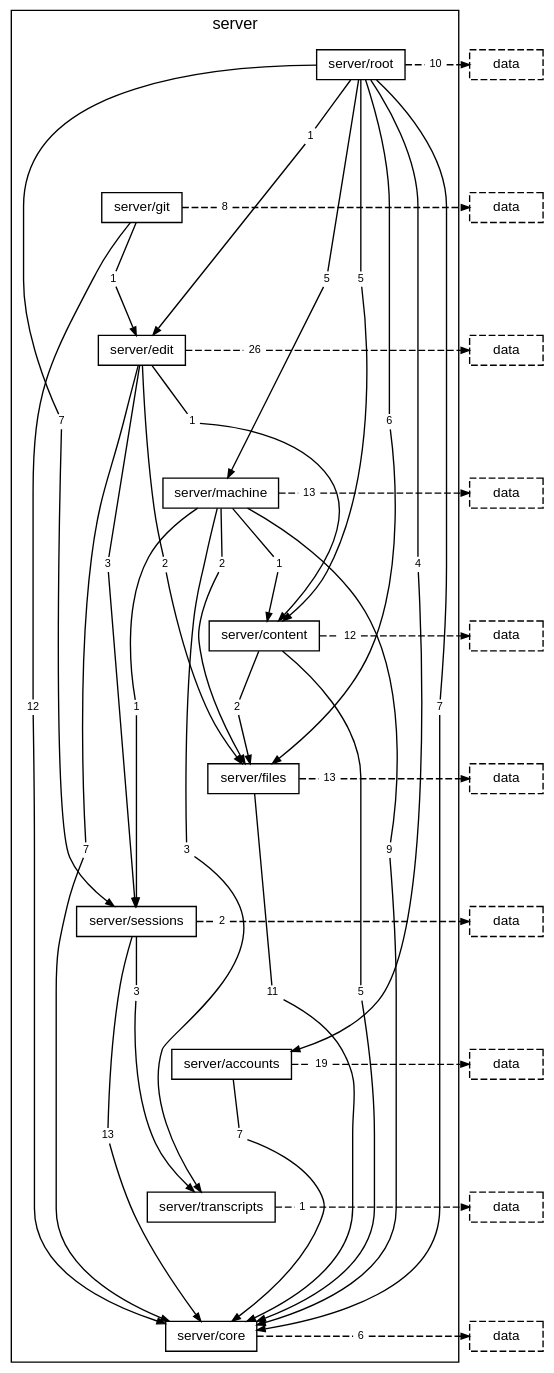
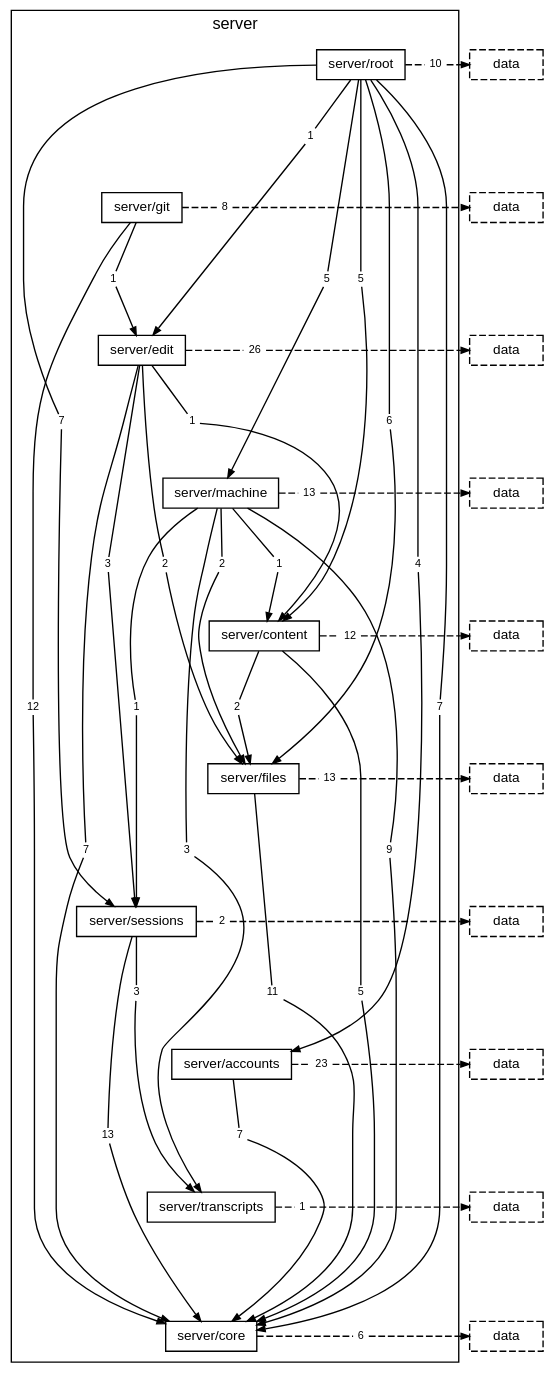
The diagram in docs/diagrams/layer-server.dot (TheAxeC/oculus), drawn with Graphviz before and after one commit. The commit also changed 79 other files, not shown here.

```diff
--- a/docs/diagrams/layer-server.dot
+++ b/docs/diagrams/layer-server.dot
@@ -45,7 +45,7 @@
         "folder server/sessions to folder server/transcripts" [label="3", shape=box, color="transparent", fontsize=8, width=0, height=0, margin="0.04,0.02"];
         "folder server/sessions to layer data" [label="2", shape=box, color="transparent", fontsize=8, width=0, height=0, margin="0.04,0.02"];
         "folder server/accounts to folder server/core" [label="7", shape=box, color="transparent", fontsize=8, width=0, height=0, margin="0.04,0.02"];
-        "folder server/accounts to layer data" [label="19", shape=box, color="transparent", fontsize=8, width=0, height=0, margin="0.04,0.02"];
+        "folder server/accounts to layer data" [label="23", shape=box, color="transparent", fontsize=8, width=0, height=0, margin="0.04,0.02"];
         "folder server/transcripts to layer data" [label="1", shape=box, color="transparent", fontsize=8, width=0, height=0, margin="0.04,0.02"];
         "folder server/core to layer data" [label="6", shape=box, color="transparent", fontsize=8, width=0, height=0, margin="0.04,0.02"];
     }
```
